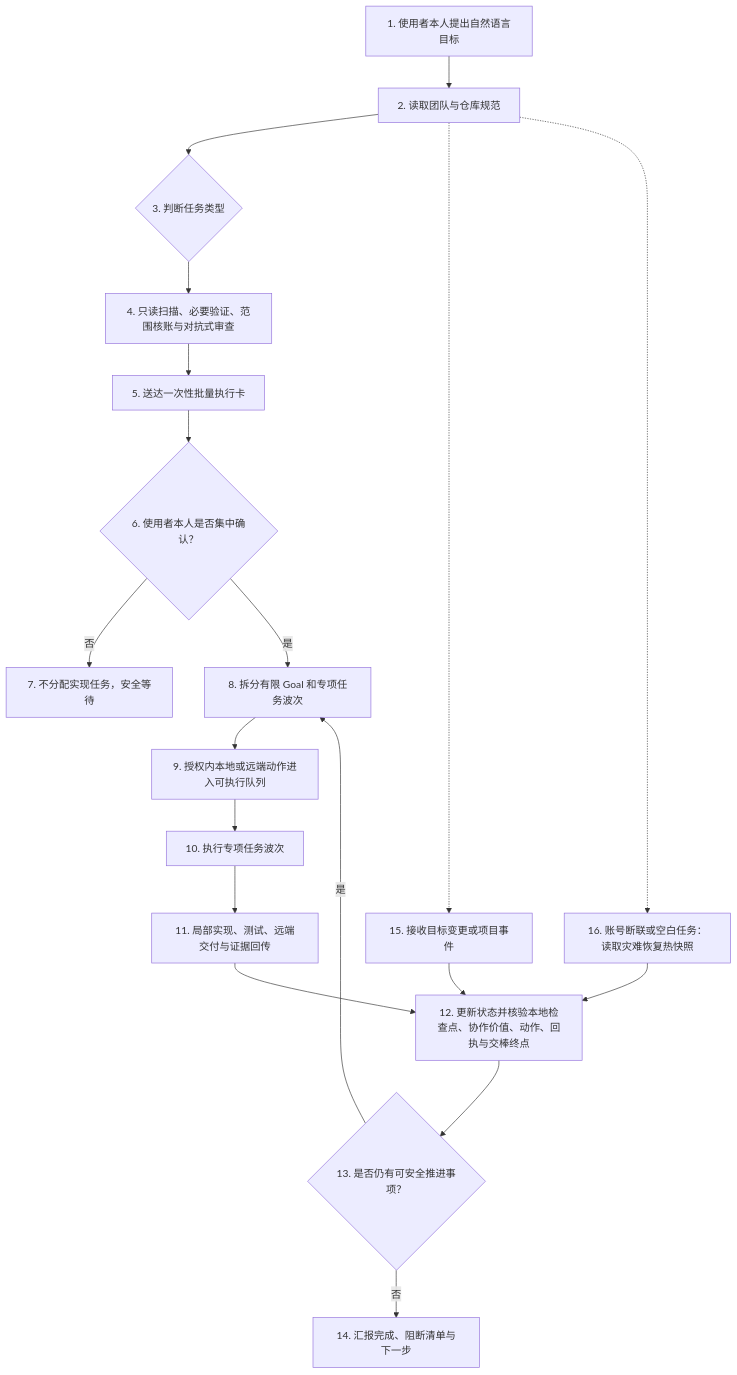
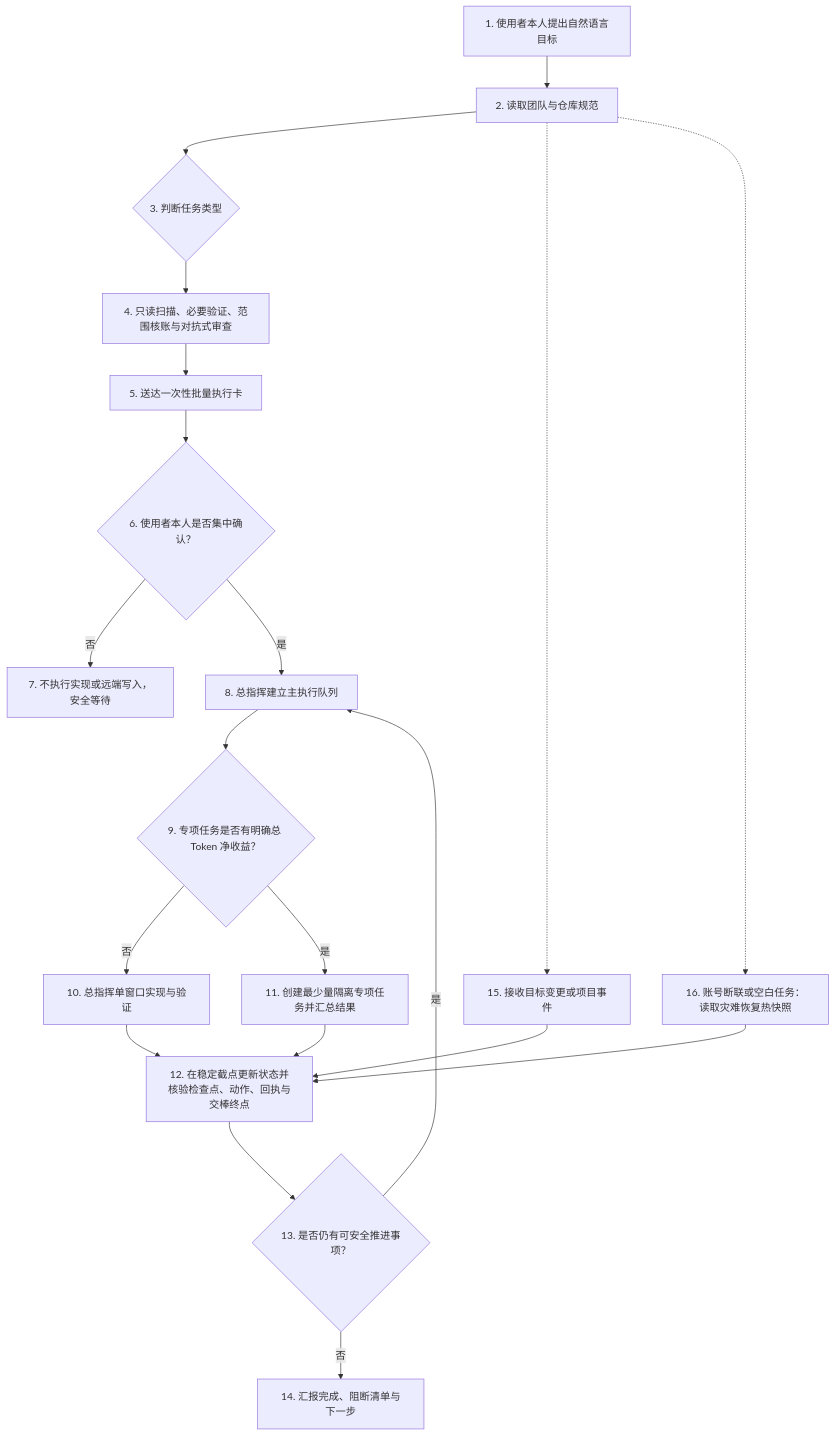
Before and after one commit to RongNianXin/agentic-project-commander: the diagram in 第二代总指挥的工作模式/00-第二代工作流总览.md, drawn with Mermaid. The commit also changed other lines of this file and 16 other files, not shown here.

````diff
--- a/第二代总指挥的工作模式/00-第二代工作流总览.md
+++ b/第二代总指挥的工作模式/00-第二代工作流总览.md
@@ -33,21 +35,23 @@
 ```mermaid
 flowchart TD
     _01["1. 使用者本人提出自然语言目标"] --> _02["2. 读取团队与仓库规范"]
     _02 --> _03{"3. 判断任务类型"}
     _03 --> _04["4. 只读扫描、必要验证、范围核账与对抗式审查"]
     _04 --> _05["5. 送达一次性批量执行卡"]
     _05 --> _06{"6. 使用者本人是否集中确认？"}
-    _06 -->|否| _07["7. 不分配实现任务，安全等待"]
-    _06 -->|是| _08["8. 拆分有限 Goal 和专项任务波次"]
-    _08 --> _09["9. 授权内本地或远端动作进入可执行队列"]
-    _09 --> _10["10. 执行专项任务波次"]
-    _10 --> _11["11. 局部实现、测试、远端交付与证据回传"]
-    _11 --> _12["12. 更新状态并核验本地检查点、协作价值、动作、回执与交棒终点"]
+    _06 -->|否| _07["7. 不执行实现或远端写入，安全等待"]
+    _06 -->|是| _08["8. 总指挥建立主执行队列"]
+    _08 --> _09{"9. 专项任务是否有明确总 Token 净收益？"}
+    _09 -->|否| _10["10. 总指挥单窗口实现与验证"]
+    _09 -->|是| _11["11. 创建最少量隔离专项任务并汇总结果"]
+    _10 --> _12
+    _11 --> _12
+    _12["12. 在稳定截点更新状态并核验检查点、动作、回执与交棒终点"]
     _12 --> _13{"13. 是否仍有可安全推进事项？"}
     _13 -->|是| _08
     _13 -->|否| _14["14. 汇报完成、阻断清单与下一步"]
     _02 -.-> _15["15. 接收目标变更或项目事件"]
     _15 --> _12
     _02 -.-> _16["16. 账号断联或空白任务：读取灾难恢复热快照"]
     _16 --> _12
 ```
````
